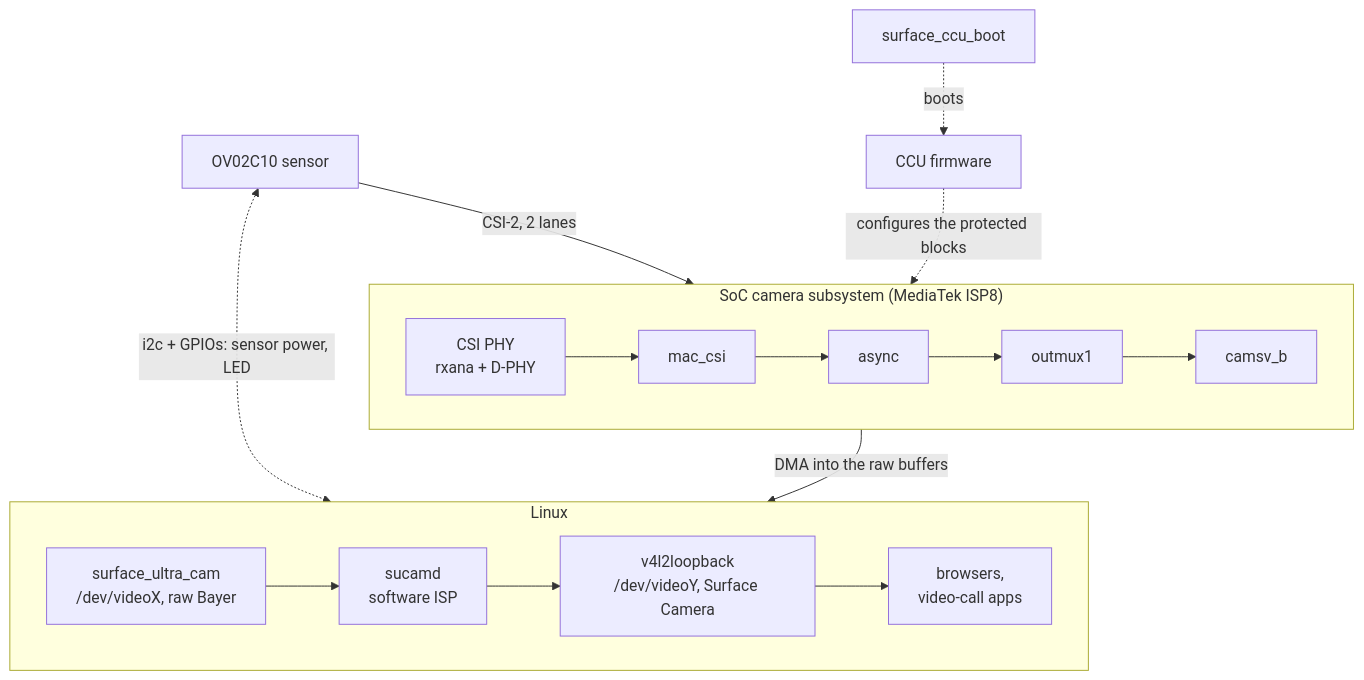
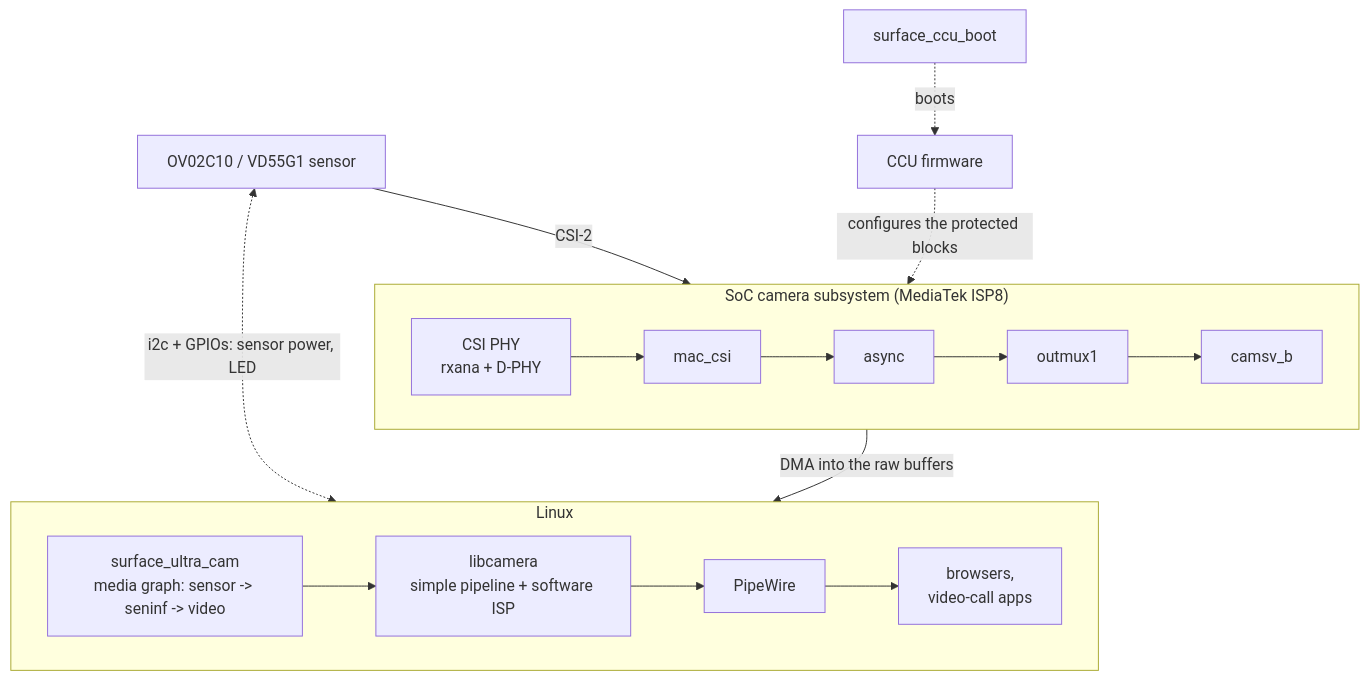
One commit to ikegam/surface-ultra-camera changed the diagram in README.md. Above: the diagram before and after it, drawn with Mermaid. The commit also changed other lines of this file and 10 other files, not shown here.

First line of the commit message:
docs: the libcamera / PipeWire setup of 0.2

````diff
--- a/README.md
+++ b/README.md
@@ -30,17 +31,17 @@
 ```mermaid
 flowchart TB
-  sensor["OV02C10 sensor"]
+  sensor["OV02C10 / VD55G1 sensor"]
   subgraph hw["SoC camera subsystem (MediaTek ISP8)"]
     direction LR
     phy["CSI PHY<br/>rxana + D-PHY"] --> mac["mac_csi"] --> async["async"] --> omux["outmux1"] --> camsv["camsv_b"]
   end
   subgraph linux["Linux"]
     direction LR
-    raw["surface_ultra_cam<br/>/dev/videoX, raw Bayer"] --> sucamd["sucamd<br/>software ISP"] --> loop["v4l2loopback<br/>/dev/videoY, Surface Camera"] --> apps["browsers,<br/>video-call apps"]
+    drv["surface_ultra_cam<br/>media graph: sensor -> seninf -> video"] --> lc["libcamera<br/>simple pipeline + software ISP"] --> pw["PipeWire"] --> apps["browsers,<br/>video-call apps"]
   end
   boot["surface_ccu_boot"] -. "boots" .-> ccu["CCU firmware"]
-  sensor -- "CSI-2, 2 lanes" --> hw
+  sensor -- "CSI-2" --> hw
   ccu -. "configures the protected blocks" .-> hw
   hw -- "DMA into the raw buffers" --> linux
   sensor <-. "i2c + GPIOs: sensor power, LED" .-> linux
 ```
````
